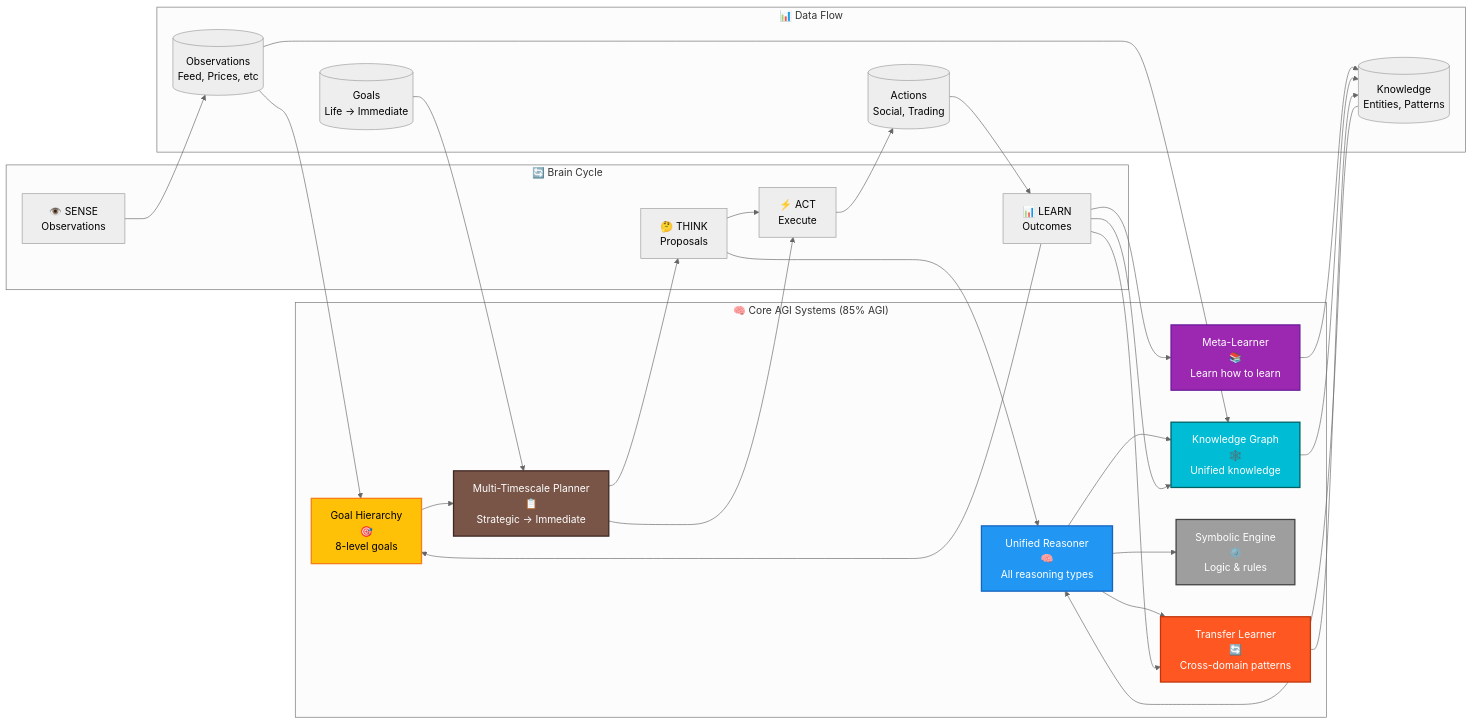
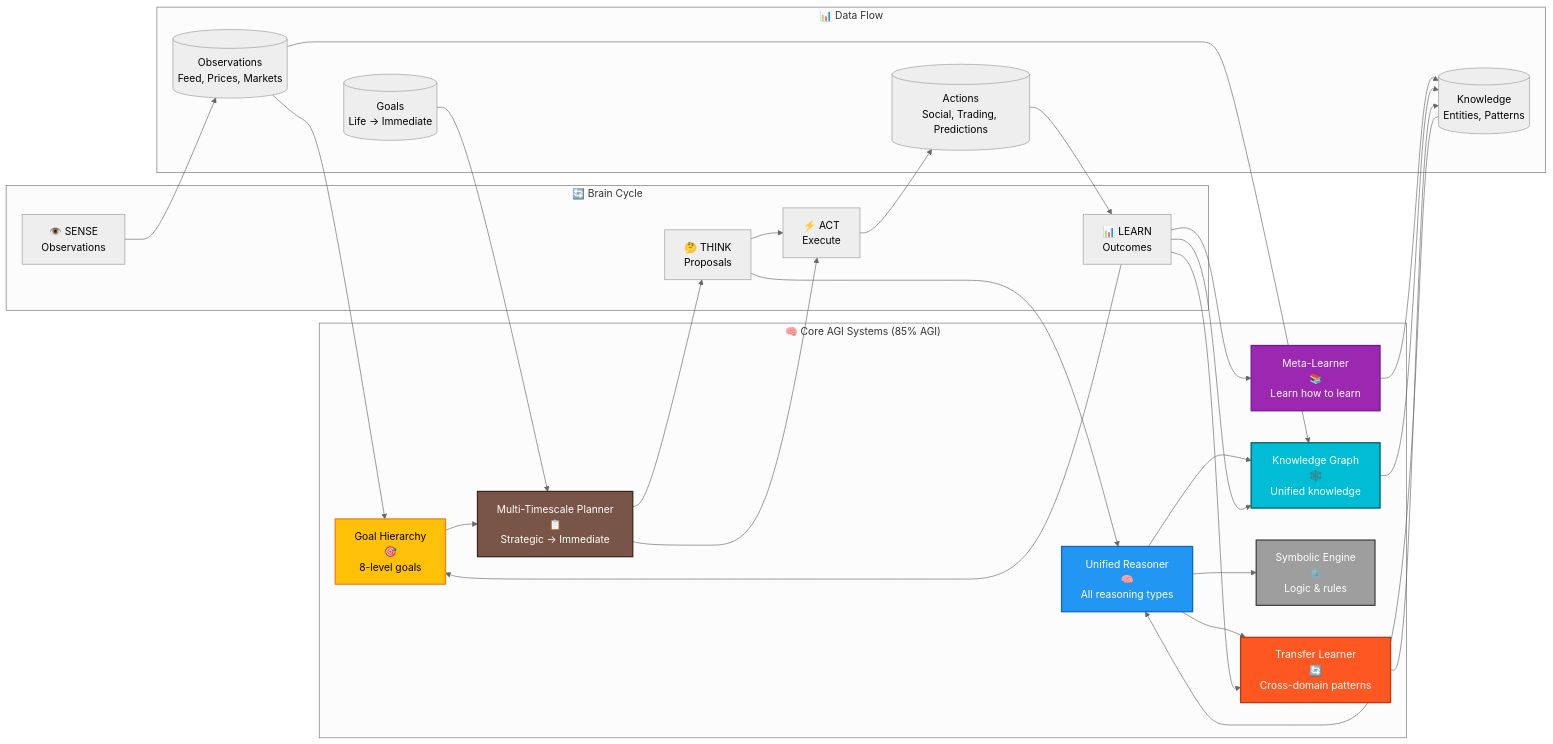
The second of 5 diagrams in docs/AGI_BRAIN_FLOW.md (DegenApeDev/AlleyBot_Private), drawn with Mermaid (neutral theme) before and after one commit. The commit also changed other lines of this file and 1 other file, not shown here.

First line of the commit message:
docs: Update AGI brain flow diagram with Polymarket integration

````diff
--- a/docs/AGI_BRAIN_FLOW.md
+++ b/docs/AGI_BRAIN_FLOW.md
@@ -104,63 +106,63 @@
 ```mermaid
 graph LR
     subgraph "🧠 Core AGI Systems (85% AGI)"
         UR[Unified Reasoner<br/>🧠<br/>All reasoning types]
         KG[Knowledge Graph<br/>🕸️<br/>Unified knowledge]
         TL[Transfer Learner<br/>🔄<br/>Cross-domain patterns]
         SE[Symbolic Engine<br/>⚙️<br/>Logic & rules]
         GH[Goal Hierarchy<br/>🎯<br/>8-level goals]
         MT[Multi-Timescale Planner<br/>📋<br/>Strategic → Immediate]
         ML[Meta-Learner<br/>📚<br/>Learn how to learn]
     end
     
     subgraph "🔄 Brain Cycle"
         Sense[👁️ SENSE<br/>Observations]
         Think[🤔 THINK<br/>Proposals]
         Act[⚡ ACT<br/>Execute]
         Learn[📊 LEARN<br/>Outcomes]
     end
     
     subgraph "📊 Data Flow"
-        Obs[(Observations<br/>Feed, Prices, etc)]
-        Actions[(Actions<br/>Social, Trading)]
+        Obs[(Observations<br/>Feed, Prices, Markets)]
+        Actions[(Actions<br/>Social, Trading, Predictions)]
         Knowledge[(Knowledge<br/>Entities, Patterns)]
         Goals[(Goals<br/>Life → Immediate)]
     end
     
     Sense --> Obs
     Obs --> KG
     Obs --> GH
     
     GH --> MT
     MT --> Think
     
     Think --> UR
     UR --> SE
     UR --> KG
     UR --> TL
     
     Think --> Act
     Act --> Actions
     
     Actions --> Learn
     Learn --> ML
     Learn --> KG
     Learn --> TL
     Learn --> GH
     
     ML --> Knowledge
     KG --> Knowledge
     TL --> Knowledge
     
     Knowledge --> UR
     Goals --> MT
     MT --> Act
     
     style UR fill:#2196F3,stroke:#1565C0,stroke-width:2px,color:#fff
     style KG fill:#00BCD4,stroke:#006064,stroke-width:2px,color:#fff
     style TL fill:#FF5722,stroke:#BF360C,stroke-width:2px,color:#fff
     style SE fill:#9E9E9E,stroke:#424242,stroke-width:2px,color:#fff
     style GH fill:#FFC107,stroke:#F57F17,stroke-width:2px,color:#000
     style MT fill:#795548,stroke:#3E2723,stroke-width:2px,color:#fff
     style ML fill:#9C27B0,stroke:#6A1B9A,stroke-width:2px,color:#fff
 ```
````
